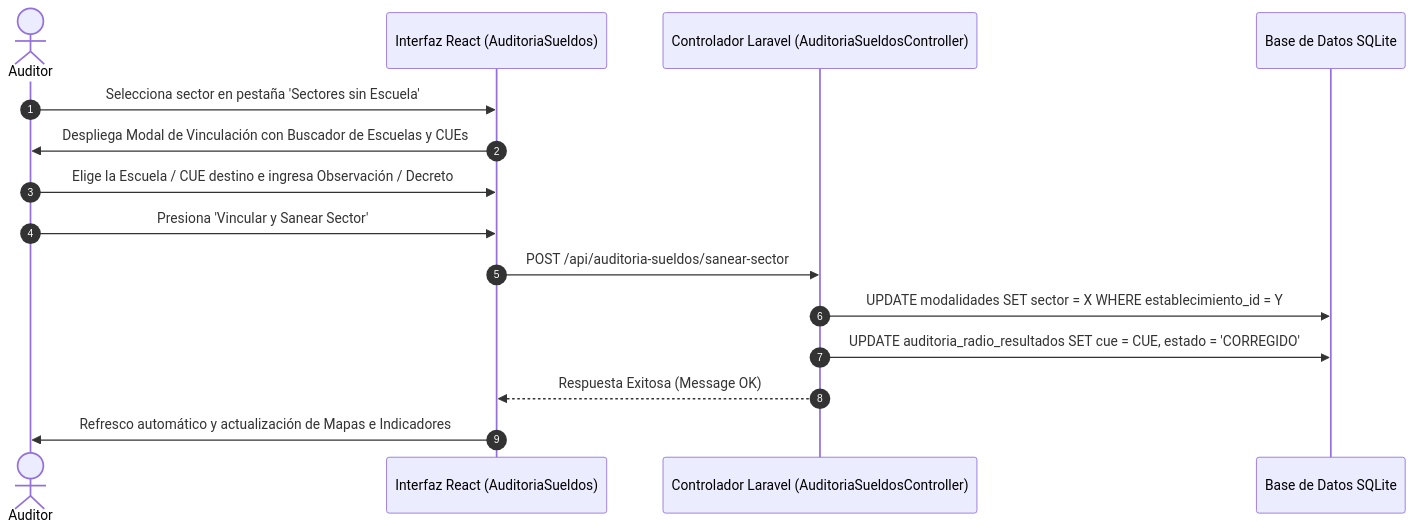
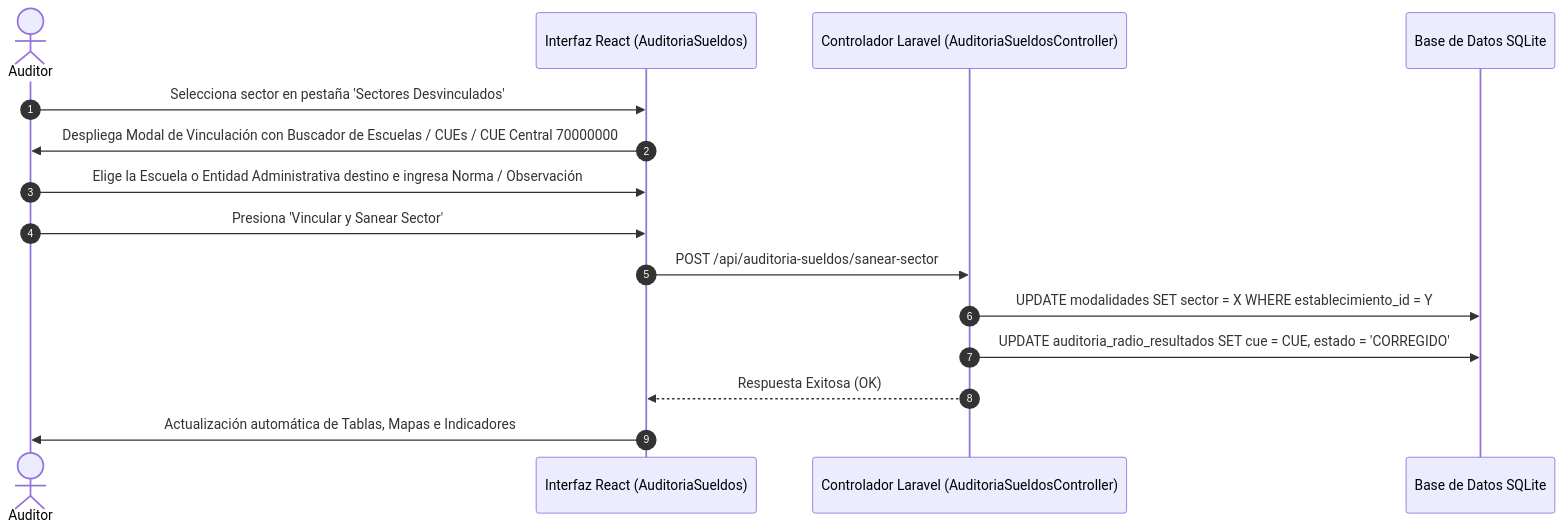
Before and after one commit to Noodle1981/edu-auditor: the diagram in doc/saneamiento_sectores.md, drawn with Mermaid. The commit also changed other lines of this file and 7 other files, not shown here.

Commit message:
docs: actualizar documentacion tecnica en doc/ con arquitectura centro+sector y saneamiento desvinculados

````diff
--- a/doc/saneamiento_sectores.md
+++ b/doc/saneamiento_sectores.md
@@ -30,18 +43,18 @@
 ```mermaid
 sequenceDiagram
     autonumber
     actor Auditor
     participant UI as Interfaz React (AuditoriaSueldos)
     participant API as Controlador Laravel (AuditoriaSueldosController)
     participant DB as Base de Datos SQLite
 
-    Auditor->>UI: Selecciona sector en pestaña 'Sectores sin Escuela'
-    UI->>Auditor: Despliega Modal de Vinculación con Buscador de Escuelas y CUEs
-    Auditor->>UI: Elige la Escuela / CUE destino e ingresa Observación / Decreto
+    Auditor->>UI: Selecciona sector en pestaña 'Sectores Desvinculados'
+    UI->>Auditor: Despliega Modal de Vinculación con Buscador de Escuelas / CUEs / CUE Central 70000000
+    Auditor->>UI: Elige la Escuela o Entidad Administrativa destino e ingresa Norma / Observación
     Auditor->>UI: Presiona 'Vincular y Sanear Sector'
     UI->>API: POST /api/auditoria-sueldos/sanear-sector
     API->>DB: UPDATE modalidades SET sector = X WHERE establecimiento_id = Y
     API->>DB: UPDATE auditoria_radio_resultados SET cue = CUE, estado = 'CORREGIDO'
-    API-->>UI: Respuesta Exitosa (Message OK)
-    UI->>Auditor: Refresco automático y actualización de Mapas e Indicadores
+    API-->>UI: Respuesta Exitosa (OK)
+    UI->>Auditor: Actualización automática de Tablas, Mapas e Indicadores
 ```
````
